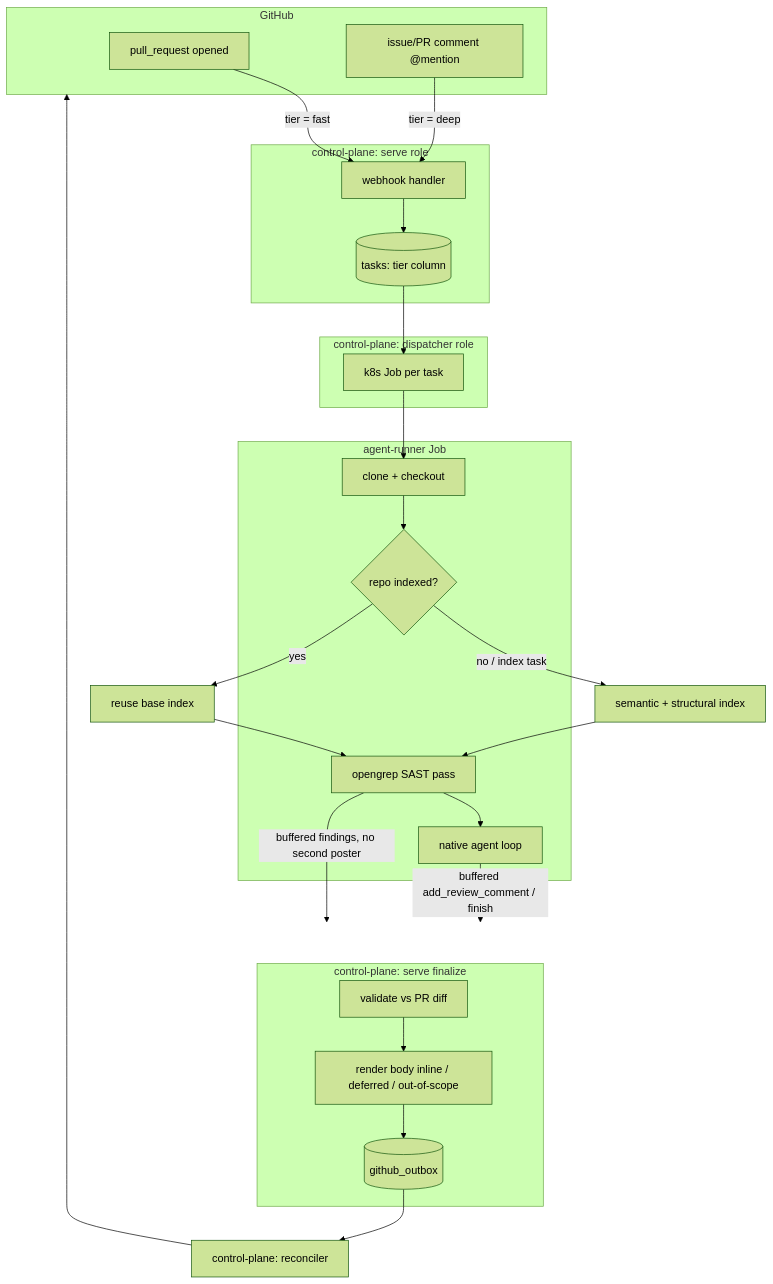
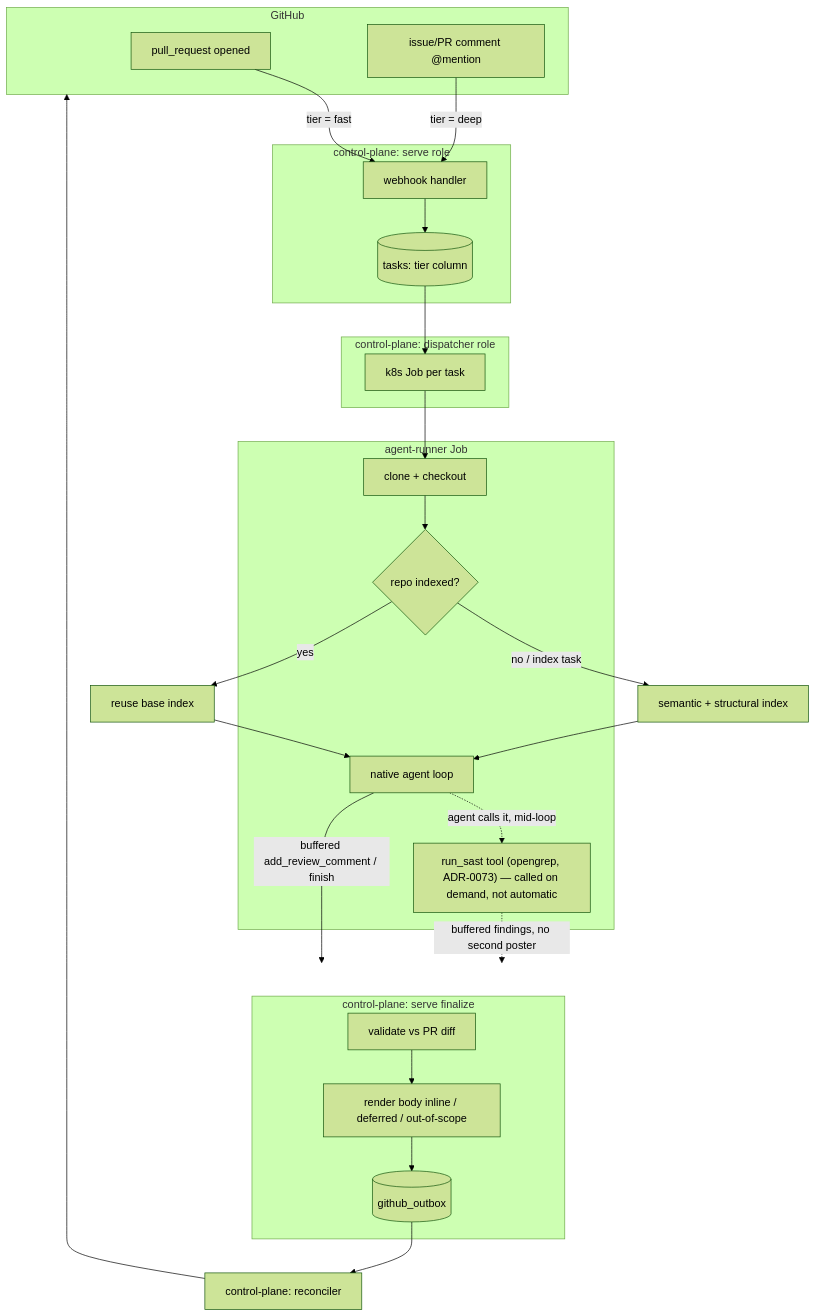
One commit to ADORSYS-GIS/lightbridge-code-intelligence changed the diagram in docs/review-pipeline.md. Above: the diagram before and after it, drawn with Mermaid (forest theme). The commit also changed other lines of this file and 36 other files, not shown here.

First line of the commit message:
feat(review): make SAST an agent-called run_sast tool (ADR-0073)

````diff
--- a/docs/review-pipeline.md
+++ b/docs/review-pipeline.md
@@ -18,38 +18,38 @@
 ```mermaid
 flowchart TD
     subgraph GH[GitHub]
         E1[pull_request opened]
         E2[issue/PR comment @mention]
     end
     subgraph CP[control-plane: serve role]
         W[webhook handler]
         T[(tasks: tier column)]
     end
     subgraph DISP[control-plane: dispatcher role]
         J[k8s Job per task]
     end
     subgraph RUN[agent-runner Job]
         CLONE[clone + checkout]
         IDX{repo indexed?}
-        SAST[opengrep SAST pass]
         AGENT[native agent loop]
+        SAST["run_sast tool (opengrep, ADR-0073) — called on demand, not automatic"]
     end
     subgraph FIN[control-plane: serve finalize]
         VAL[validate vs PR diff]
         SHAPE[render body inline / deferred / out-of-scope]
         OUT[(github_outbox)]
     end
     REC[control-plane: reconciler] --> GH
 
     E1 -->|tier = fast| W
     E2 -->|tier = deep| W
     W --> T --> J --> CLONE --> IDX
     IDX -->|no / index task| FULLIDX[semantic + structural index]
     IDX -->|yes| REUSE[reuse base index]
-    FULLIDX --> SAST
-    REUSE --> SAST
-    SAST --> AGENT
+    FULLIDX --> AGENT
+    REUSE --> AGENT
+    AGENT -.->|agent calls it, mid-loop| SAST
+    SAST -.->|buffered findings, no second poster| FIN
     AGENT -->|buffered add_review_comment / finish| FIN
-    SAST -->|buffered findings, no second poster| FIN
     VAL --> SHAPE --> OUT --> REC
 ```
````
